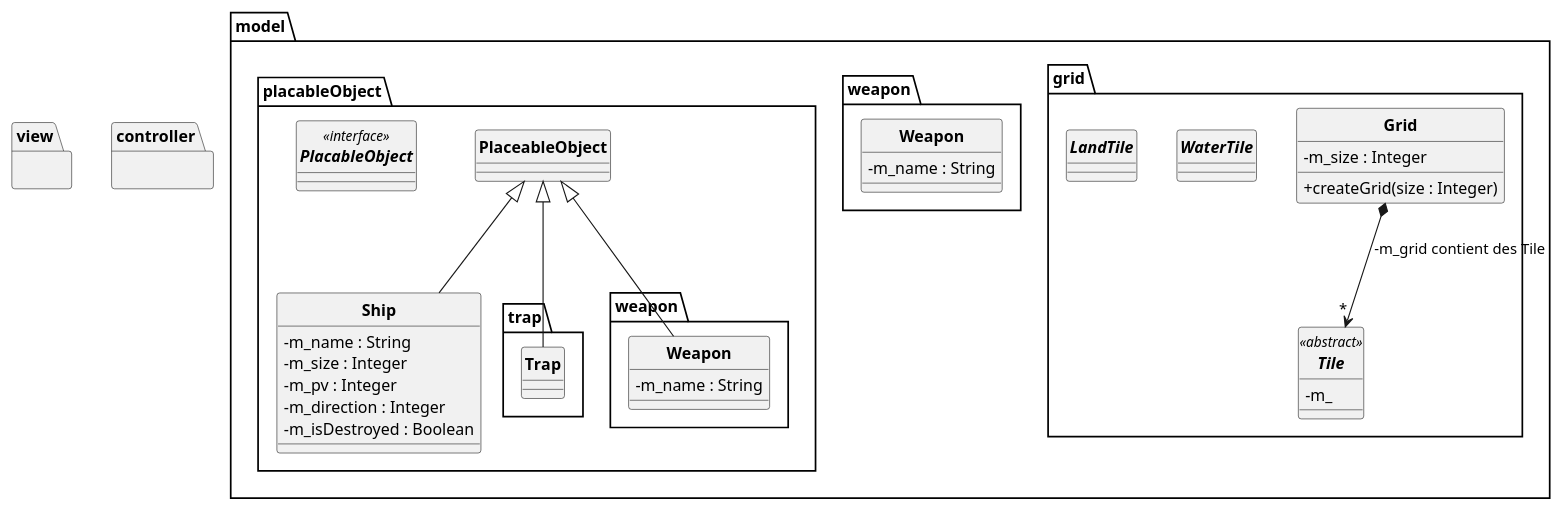
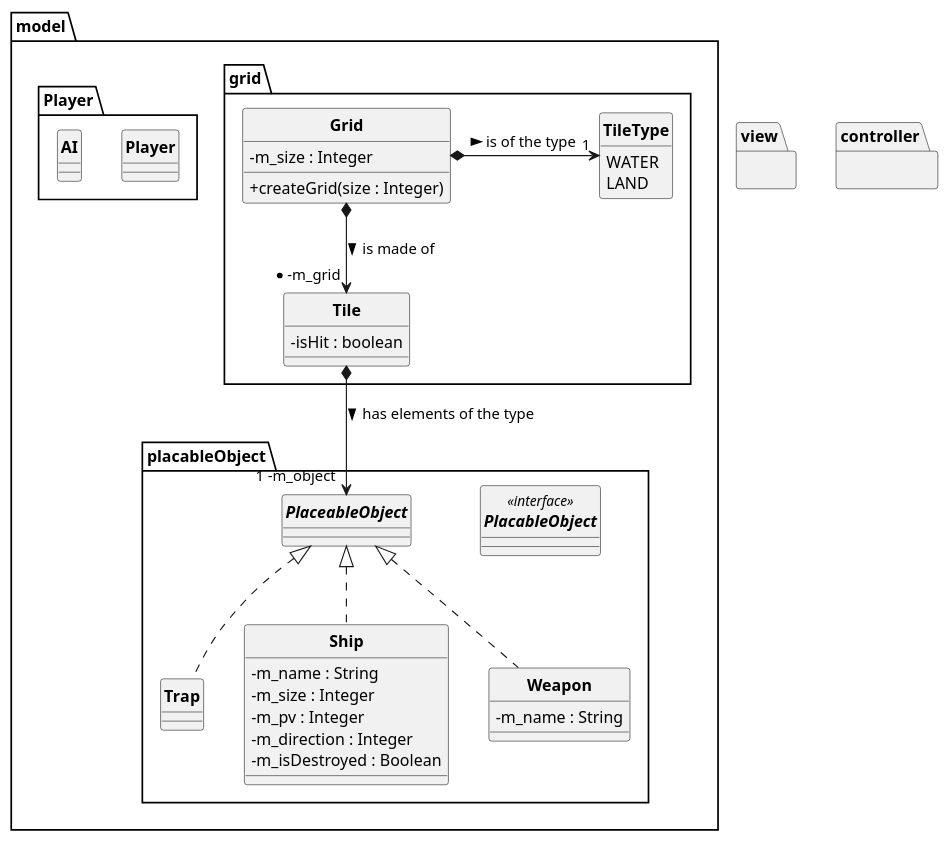
One commit to thomasbarseghian/Bataille-Navale changed the diagram in Battleship/uml/Battleship.puml. Above: the diagram before and after it, drawn with PlantUML.

Commit message:
uml : ajout package Player + reorganisation de Tile

```diff
--- a/Battleship/uml/Battleship.puml
+++ b/Battleship/uml/Battleship.puml
@@ -1,83 +1,75 @@
 @startuml
 skinparam style strictuml
 skinparam classAttributeIconSize 0
 skinparam classFontStyle bold
-
+hide enum methods
 
 package view {
 }
 
 package controller {
 }
 
-package model {
-    package grid {
-        class Grid {
+package model
+{
+    package grid
+    {
+        class Grid
+        {
             -m_size : Integer
             +createGrid(size : Integer)
         }
 
-        class Tile {
+        class Tile
+        {
+            -isHit : boolean
         }
-    }
-
-    package grid
-    {
-        abstract class Tile <<abstract>>
+        enum TileType
         {
-            -m_
-        }
-        abstract class WaterTile
-        {
-
-        }
-        abstract class LandTile
-        {
-
-        }
-
-    }
-    package weapon
-    {
-        class Weapon
-        {
-            -m_name : String
+            WATER
+            LAND
         }
     }
     package placableObject
     {
         interface PlacableObject <<interface>>
         {
 
         }
-        package trap
+        class Trap implements model.placableObject.PlaceableObject
         {
-            class Trap
-            {
-            }
+
         }
-        class Ship {
+        class Ship implements model.placableObject.PlaceableObject
+        {
             -m_name : String
             -m_size : Integer
             -m_pv : Integer
             -m_direction : Integer
             -m_isDestroyed : Boolean
         }
-
-        package weapon
+        class Weapon implements model.placableObject.PlaceableObject
         {
-            class Weapon
-            {
-                -m_name : String
-            }
+            -m_name : String
         }
     }
+    package Player
+    {
+        class Player
+        {
+
+        }
+        class AI
+        {
+
+        }
+    }
+
 }
 
 
-model.grid.Grid *--> "*" model.grid.Tile : -m_grid contient des Tile
-Trap -up-|> model.placableObject.PlaceableObject
-Ship -up-|> model.placableObject.PlaceableObject
-model.placableObject.weapon.Weapon -up-|> model.placableObject.PlaceableObject
+model.grid.Grid *--> "* -m_grid" model.grid.Tile : > is made of
+model.grid.Tile *--> "1 -m_object" model.placableObject.PlaceableObject : > has elements of the type
+Grid *-> "1" model.grid.TileType : > is of the type\t
 
 @enduml
```
